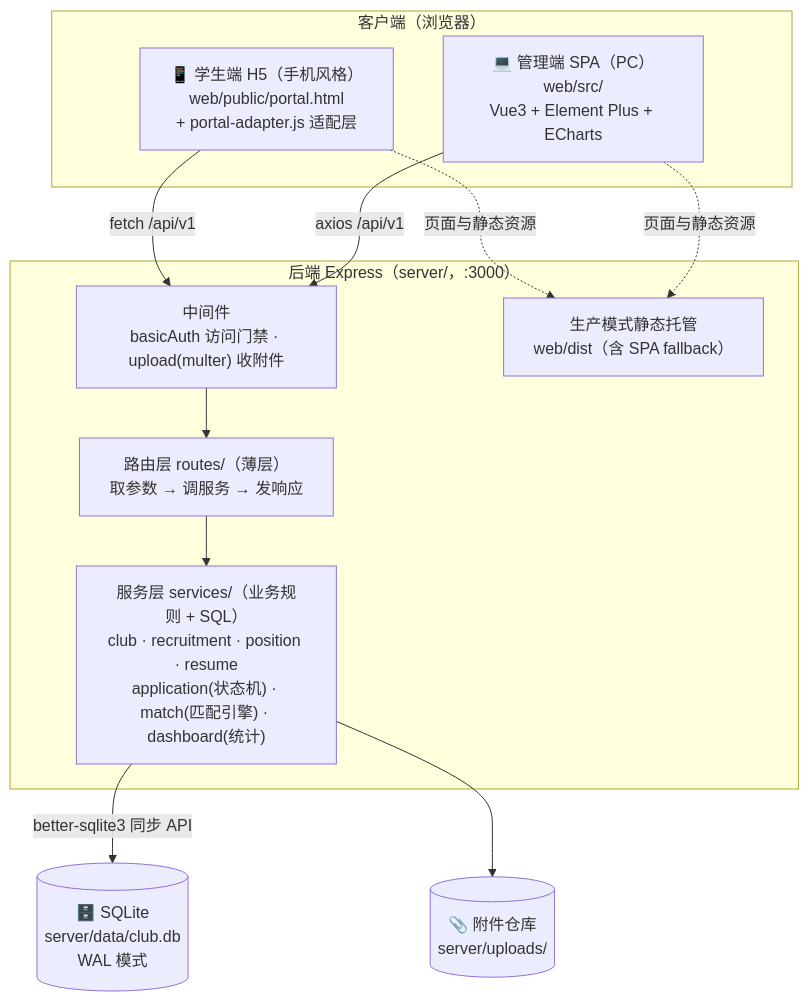
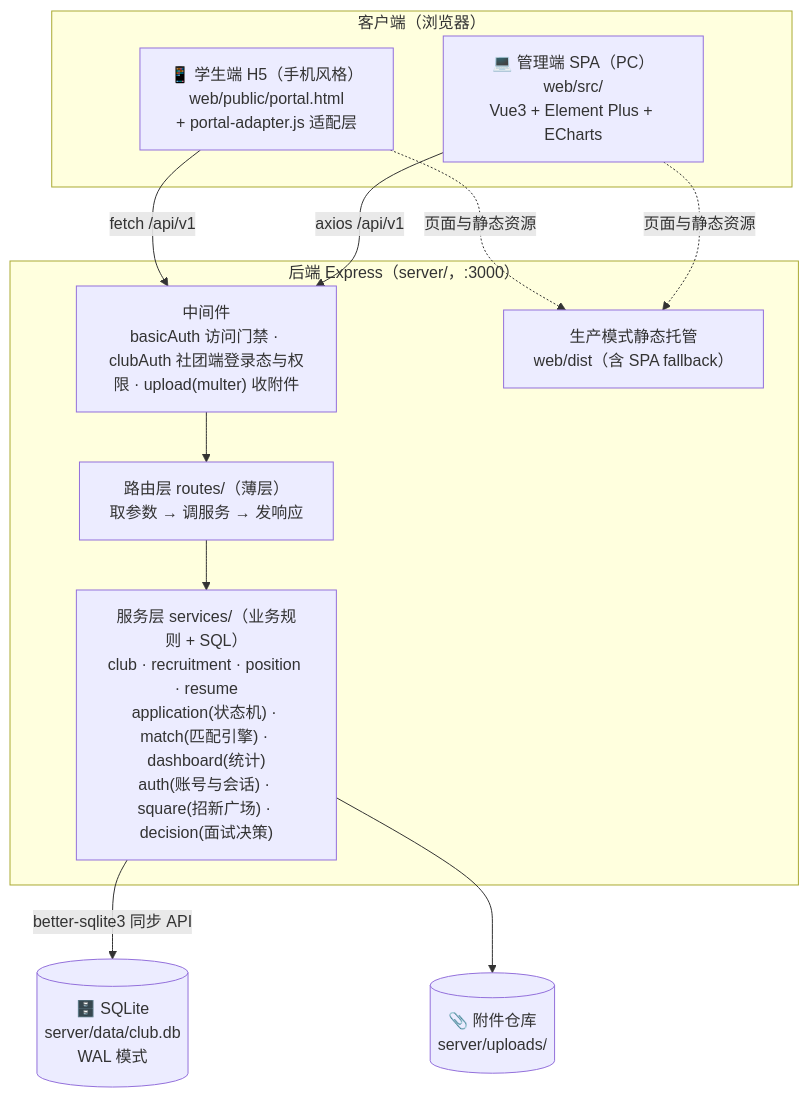
Before and after one commit to LLLDIOT/community: the second of 6 diagrams in docs/ARCHITECTURE.md, drawn with Mermaid. The commit also changed other lines of this file and 37 other files, not shown here.

````diff
--- a/docs/ARCHITECTURE.md
+++ b/docs/ARCHITECTURE.md
@@ -50,25 +70,25 @@
 ```mermaid
 flowchart TB
     subgraph clients["客户端（浏览器）"]
         P["📱 学生端 H5（手机风格）<br/>web/public/portal.html<br/>+ portal-adapter.js 适配层"]
         M["💻 管理端 SPA（PC）<br/>web/src/<br/>Vue3 + Element Plus + ECharts"]
     end
 
     subgraph server["后端 Express（server/，:3000）"]
-        MW["中间件<br/>basicAuth 访问门禁 · upload(multer) 收附件"]
+        MW["中间件<br/>basicAuth 访问门禁 · clubAuth 社团端登录态与权限 · upload(multer) 收附件"]
         RT["路由层 routes/（薄层）<br/>取参数 → 调服务 → 发响应"]
-        SV["服务层 services/（业务规则 + SQL）<br/>club · recruitment · position · resume<br/>application(状态机) · match(匹配引擎) · dashboard(统计)"]
+        SV["服务层 services/（业务规则 + SQL）<br/>club · recruitment · position · resume<br/>application(状态机) · match(匹配引擎) · dashboard(统计)<br/>auth(账号与会话) · square(招新广场) · decision(面试决策)"]
         ST["生产模式静态托管<br/>web/dist（含 SPA fallback）"]
     end
 
     DB[("🗄️ SQLite<br/>server/data/club.db<br/>WAL 模式")]
     FS[("📎 附件仓库<br/>server/uploads/")]
 
     P -->|"fetch /api/v1"| MW
     M -->|"axios /api/v1"| MW
     MW --> RT --> SV
     SV -->|"better-sqlite3 同步 API"| DB
     SV --> FS
     P -.->|"页面与静态资源"| ST
     M -.->|"页面与静态资源"| ST
 ```
````
